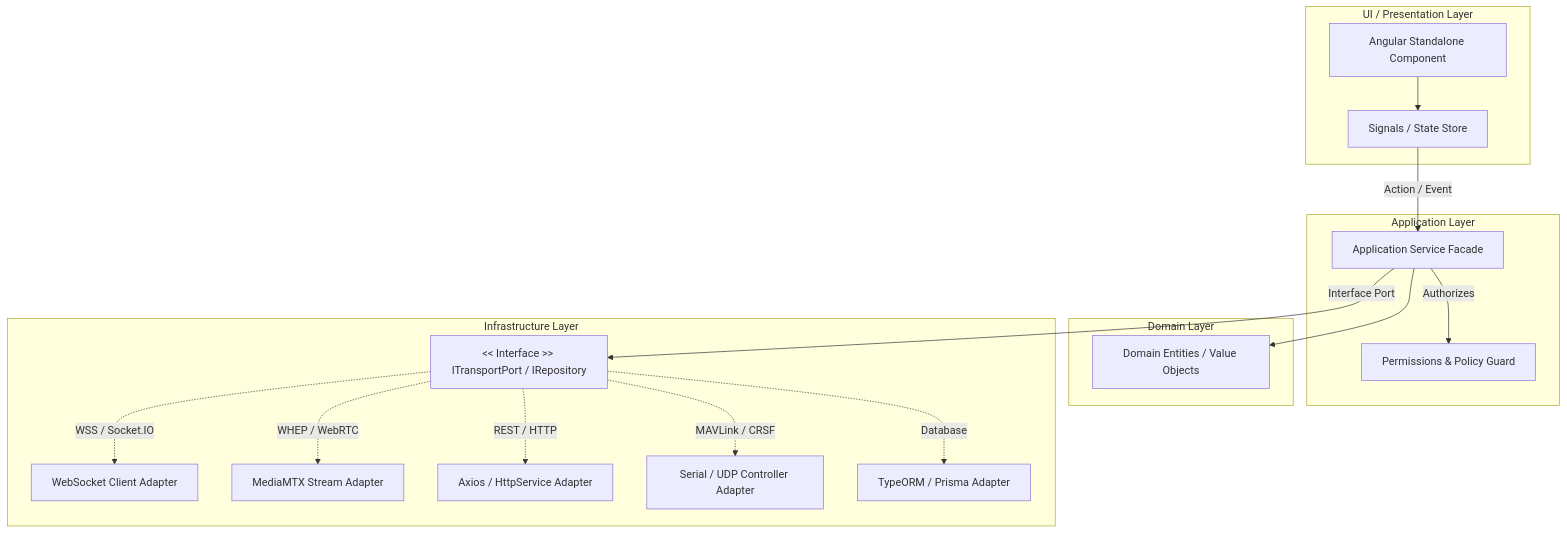
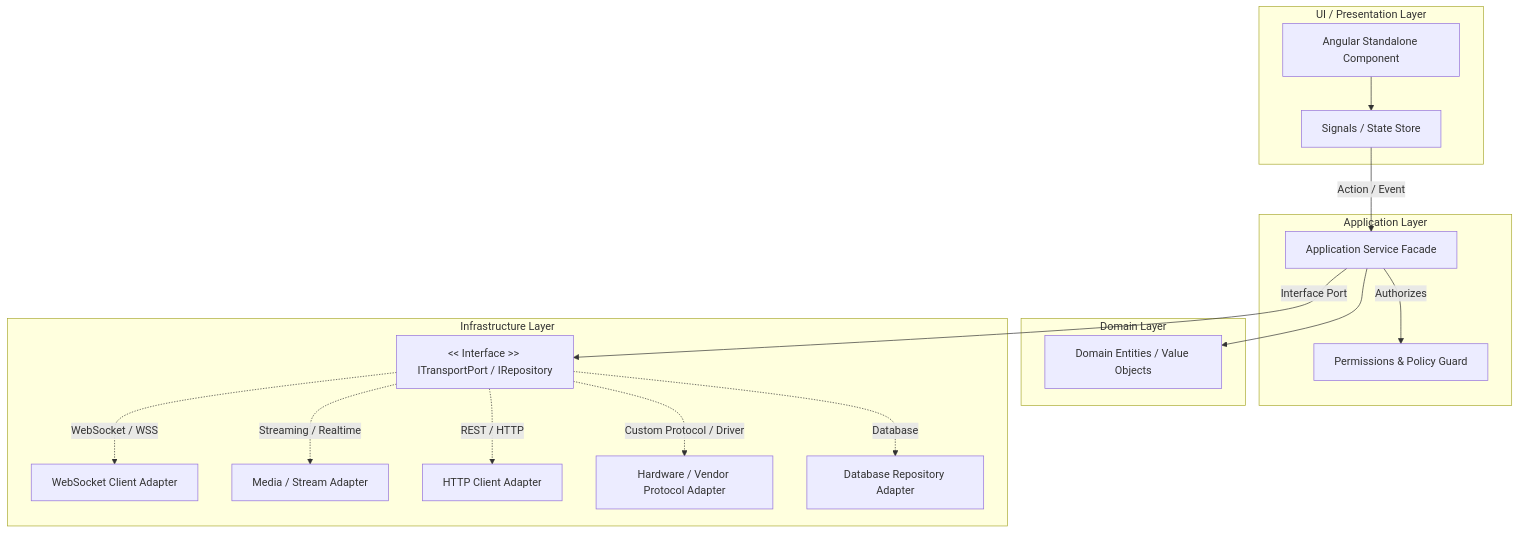
Before and after one commit to anishchenko-anton/ai-skill-sdd-agent: the first of 2 diagrams in references/architecture_and_state.md, drawn with Mermaid. The commit also changed 10 other files, not shown here.

Commit message:
feat: decouple core skill architecture, add onboarding docs, angular rules, and clean user remarks

````diff
--- a/references/architecture_and_state.md
+++ b/references/architecture_and_state.md
@@ -11,21 +11,21 @@
 ```mermaid
 flowchart TD
     subgraph UI_Layer [UI / Presentation Layer]
         Component[Angular Standalone Component] --> Signals[Signals / State Store]
     end
     subgraph App_Layer [Application Layer]
         Signals -->|Action / Event| Facade[Application Service Facade]
         Facade -->|Authorizes| Guard[Permissions & Policy Guard]
     end
     subgraph Domain_Layer [Domain Layer]
         Facade --> DomainModel[Domain Entities / Value Objects]
     end
     subgraph Infra_Layer [Infrastructure Layer]
         Facade -->|Interface Port| Port[<< Interface >> ITransportPort / IRepository]
-        Port -.->|WSS / Socket.IO| WsAdapter[WebSocket Client Adapter]
-        Port -.->|WHEP / WebRTC| MediaAdapter[MediaMTX Stream Adapter]
-        Port -.->|REST / HTTP| HttpAdapter[Axios / HttpService Adapter]
-        Port -.->|MAVLink / CRSF| SerialAdapter[Serial / UDP Controller Adapter]
-        Port -.->|Database| DbAdapter[TypeORM / Prisma Adapter]
+        Port -.->|WebSocket / WSS| WsAdapter[WebSocket Client Adapter]
+        Port -.->|Streaming / Realtime| StreamAdapter[Media / Stream Adapter]
+        Port -.->|REST / HTTP| HttpAdapter[HTTP Client Adapter]
+        Port -.->|Custom Protocol / Driver| DriverAdapter[Hardware / Vendor Protocol Adapter]
+        Port -.->|Database| DbAdapter[Database Repository Adapter]
     end
 ```
````
